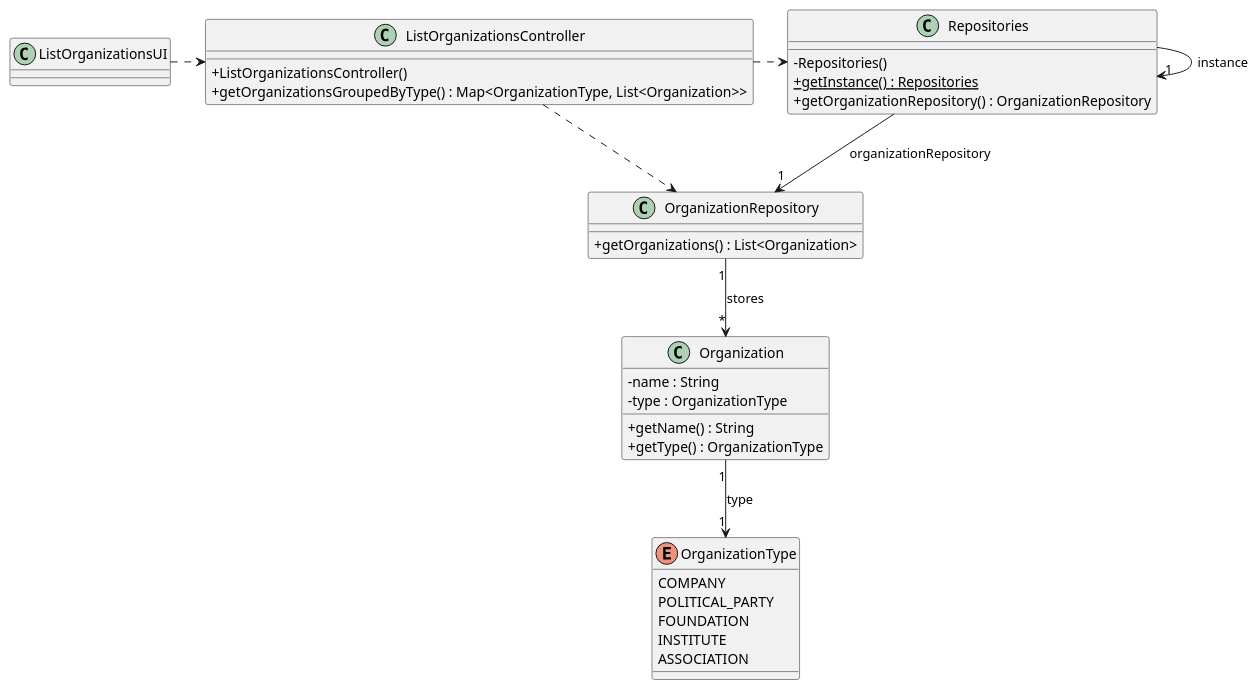
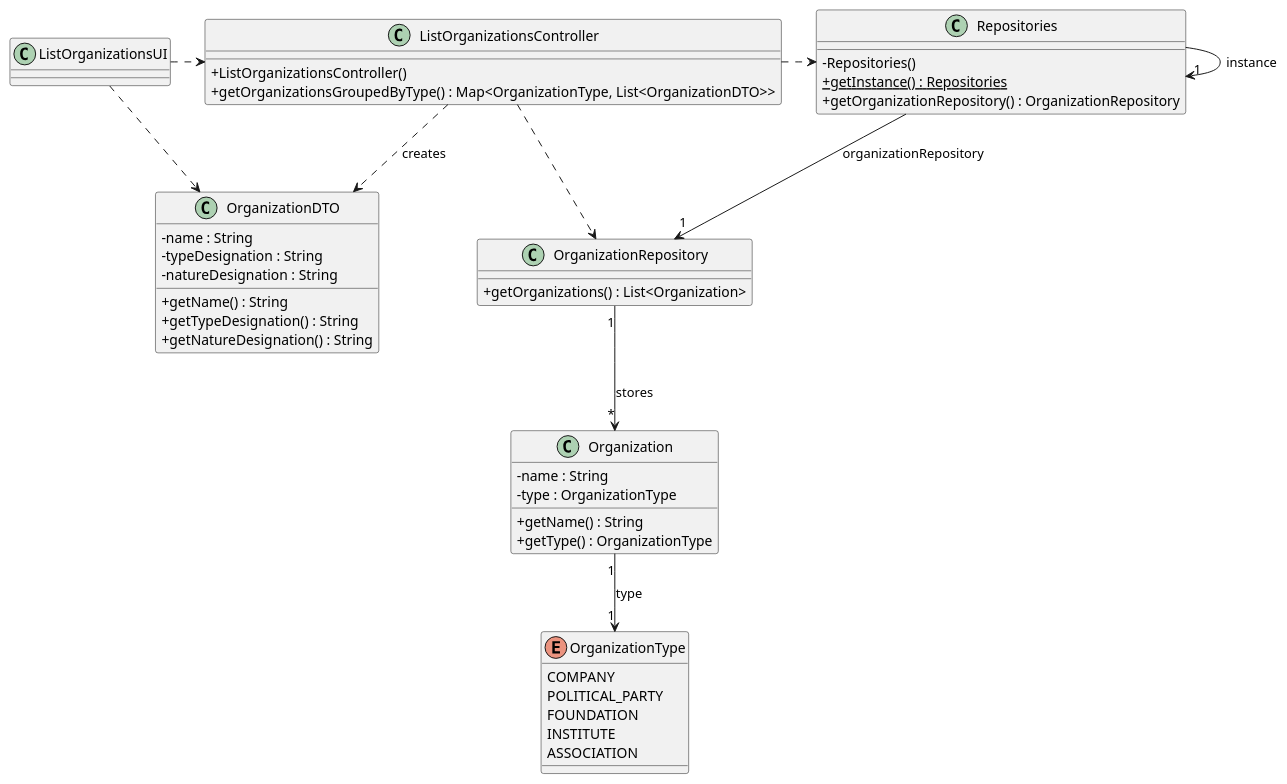
One commit to brunodspinto/crystal-clear-platform changed the diagram in docs/system-documentation/US03/03.design/puml/US03-CD.puml. Above: the diagram before and after it, drawn with PlantUML. The commit also changed 18 other files, not shown here.

Commit message:
Adopt DTO pattern in US02 and US03 (Sprint 3 ESOFT): added OrganizationDTO. Updated US01-03 SD/CD to show UI creating the controller with getInstance() on create. Regenerated SVGs and design rationale.

```diff
--- a/docs/system-documentation/US03/03.design/puml/US03-CD.puml
+++ b/docs/system-documentation/US03/03.design/puml/US03-CD.puml
@@ -1,48 +1,59 @@
 @startuml US03-CD
 skinparam packageStyle rectangle
 skinparam shadowing false
 skinparam linetype polyline
 skinparam classAttributeIconSize 0
 
 class ListOrganizationsUI {
 }
 
 class ListOrganizationsController {
     + ListOrganizationsController()
-    + getOrganizationsGroupedByType() : Map<OrganizationType, List<Organization>>
+    + getOrganizationsGroupedByType() : Map<OrganizationType, List<OrganizationDTO>>
+}
+
+class OrganizationDTO {
+    - name : String
+    - typeDesignation : String
+    - natureDesignation : String
+    + getName() : String
+    + getTypeDesignation() : String
+    + getNatureDesignation() : String
 }
 
 class OrganizationRepository {
     + getOrganizations() : List<Organization>
 }
 
 class Repositories {
     - Repositories()
     + {static} getInstance() : Repositories
     + getOrganizationRepository() : OrganizationRepository
 }
 
 class Organization {
     - name : String
     - type : OrganizationType
     + getName() : String
     + getType() : OrganizationType
 }
 
 enum OrganizationType {
     COMPANY
     POLITICAL_PARTY
     FOUNDATION
     INSTITUTE
     ASSOCIATION
 }
 
 ListOrganizationsUI .> ListOrganizationsController
+ListOrganizationsUI ..> OrganizationDTO
+ListOrganizationsController ..> OrganizationDTO : creates
 ListOrganizationsController .> Repositories
 ListOrganizationsController ..> OrganizationRepository
 Repositories -> "1" Repositories : instance
 Repositories --> "1" OrganizationRepository : organizationRepository
 OrganizationRepository "1" --> "*" Organization : stores
 Organization "1" --> "1" OrganizationType : type
 
 @enduml
```
